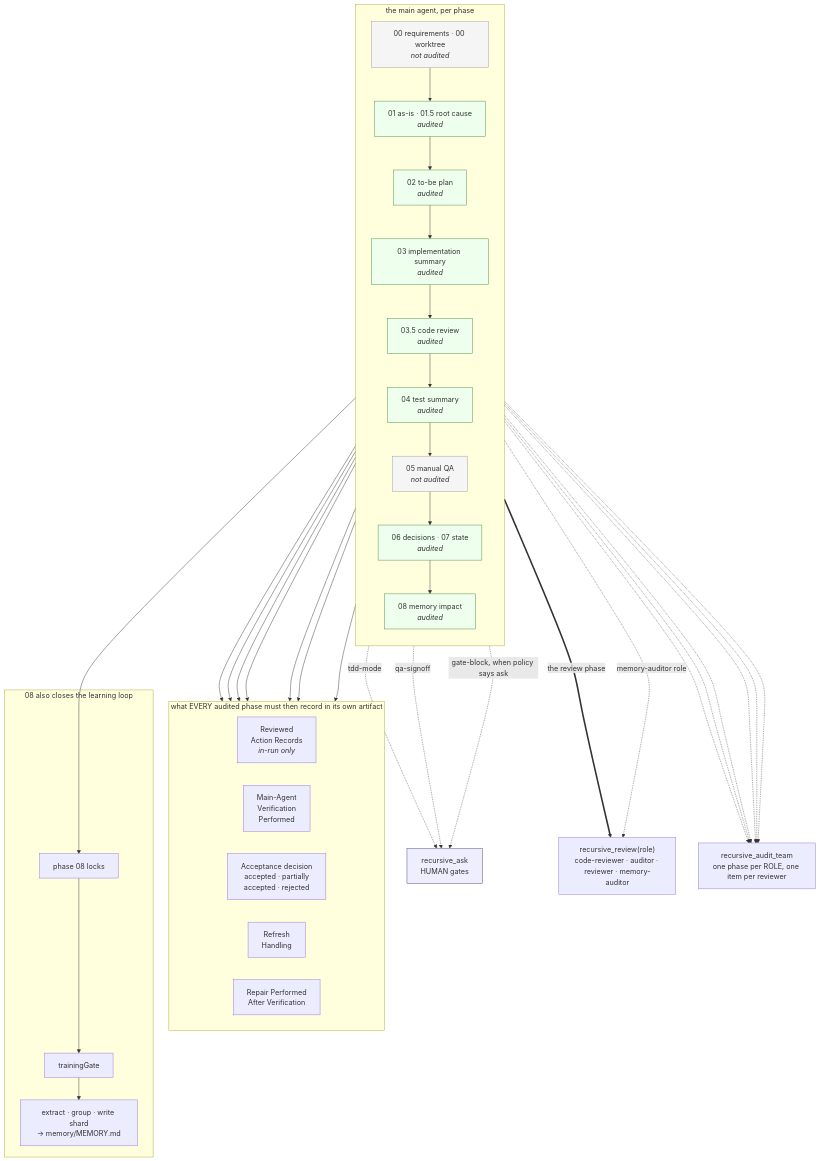
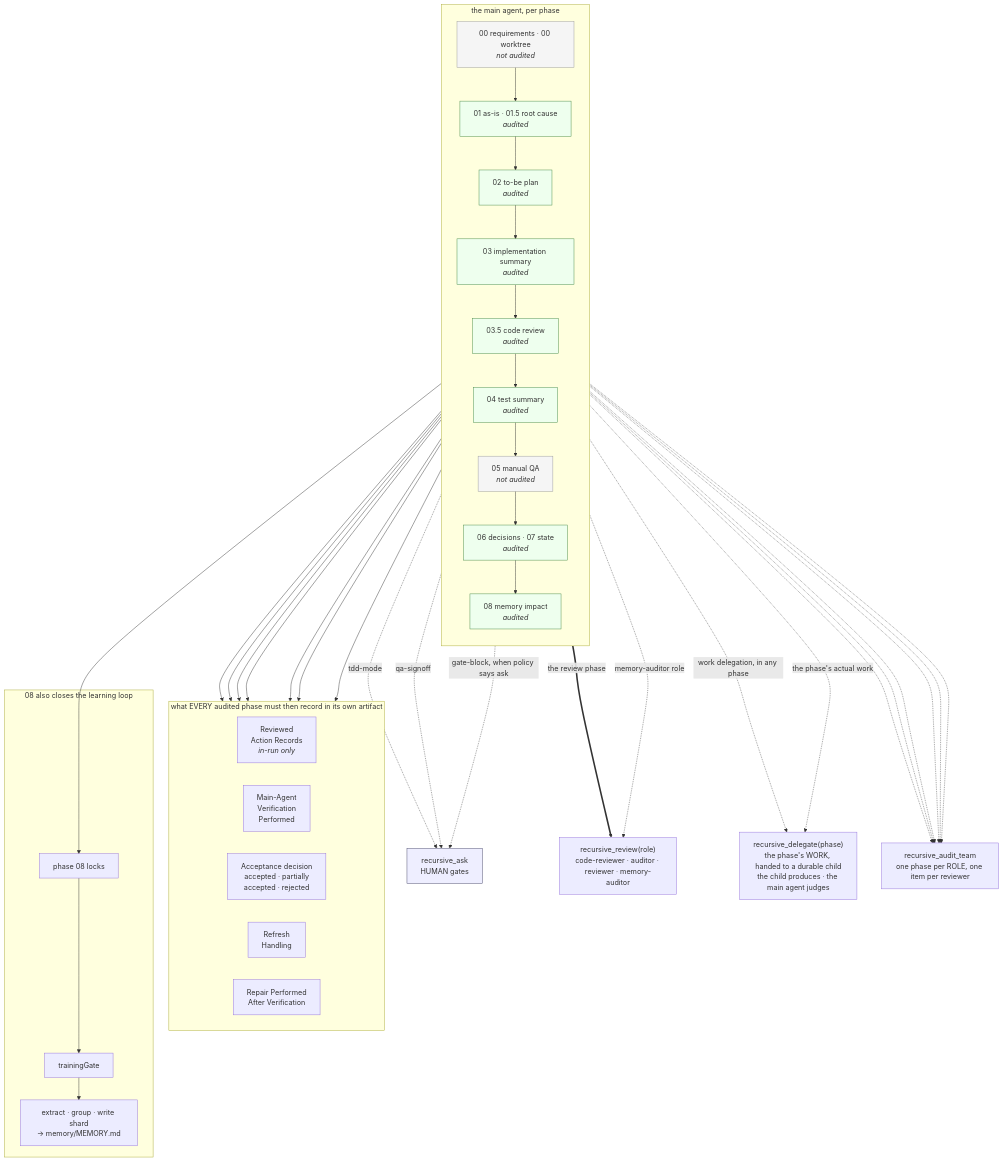
One commit to try-works/dsh-recursive-mode changed the fifth of 9 diagrams in README.md. Above: the diagram before and after it, drawn with Mermaid. The commit also changed other lines of this file, not shown here.

First paragraph of the commit message:
Fix 4: the delegation diagram and the "two delegation paths" prose now include recursive_delegate
TWO ADJACENT GAPS THE DOCS AGENT FLAGGED AND LEFT, both the same defect class as the rest of Fix 4 - text asserting a
state of the world that is no longer true.

````diff
--- a/README.md
+++ b/README.md
@@ -412,63 +412,67 @@
 ```mermaid
 flowchart TB
     subgraph main["the main agent, per phase"]
         direction TB
         P00["00 requirements · 00 worktree<br/><i>not audited</i>"]
         P01["01 as-is · 01.5 root cause<br/><i>audited</i>"]
         P02["02 to-be plan<br/><i>audited</i>"]
         P03["03 implementation summary<br/><i>audited</i>"]
         P035["03.5 code review<br/><i>audited</i>"]
         P04["04 test summary<br/><i>audited</i>"]
         P05["05 manual QA<br/><i>not audited</i>"]
         P06["06 decisions · 07 state<br/><i>audited</i>"]
         P08["08 memory impact<br/><i>audited</i>"]
     end
 
     P00 --> P01 --> P02 --> P03 --> P035 --> P04 --> P05 --> P06 --> P08
 
     ASK["recursive_ask<br/>HUMAN gates"]
     P00 -.->|"tdd-mode"| ASK
     P05 -.->|"qa-signoff"| ASK
     P02 -.->|"gate-block, when policy says ask"| ASK
 
     REV["recursive_review(role)<br/>code-reviewer · auditor · reviewer · memory-auditor"]
     P035 ==>|"the review phase"| REV
     P08 -.->|"memory-auditor role"| REV
+
+    DELEG["recursive_delegate(phase)<br/>the phase's WORK, handed to a durable child<br/>the child produces · the main agent judges"]
+    P01 -.->|"work delegation, in any phase"| DELEG
+    P03 -.->|"the phase's actual work"| DELEG
 
     TEAM["recursive_audit_team<br/>one phase per ROLE, one item per reviewer"]
     P01 -.-> TEAM
     P02 -.-> TEAM
     P03 -.-> TEAM
     P035 -.-> TEAM
     P04 -.-> TEAM
     P08 -.-> TEAM
 
     subgraph contract["what EVERY audited phase must then record in its own artifact"]
         direction LR
         C1["Reviewed<br/>Action Records<br/><i>in-run only</i>"]
         C2["Main-Agent<br/>Verification<br/>Performed"]
         C3["Acceptance decision<br/>accepted · partially<br/>accepted · rejected"]
         C4["Refresh<br/>Handling"]
         C5["Repair Performed<br/>After Verification"]
     end
 
     P01 --> contract
     P02 --> contract
     P03 --> contract
     P035 --> contract
     P04 --> contract
     P06 --> contract
     P08 --> contract
 
     subgraph train["08 also closes the learning loop"]
         T1["phase 08 locks"] --> T2["trainingGate"] --> T3["extract · group · write shard<br/>→ memory/MEMORY.md"]
     end
     P08 --> T1
 
     classDef audited fill:#efe,stroke:#484
     classDef notaudited fill:#f5f5f5,stroke:#999
     classDef human fill:#eef,stroke:#446
     class P01,P02,P03,P035,P04,P06,P08 audited
     class P00,P05 notaudited
     class ASK human
 ```
````
